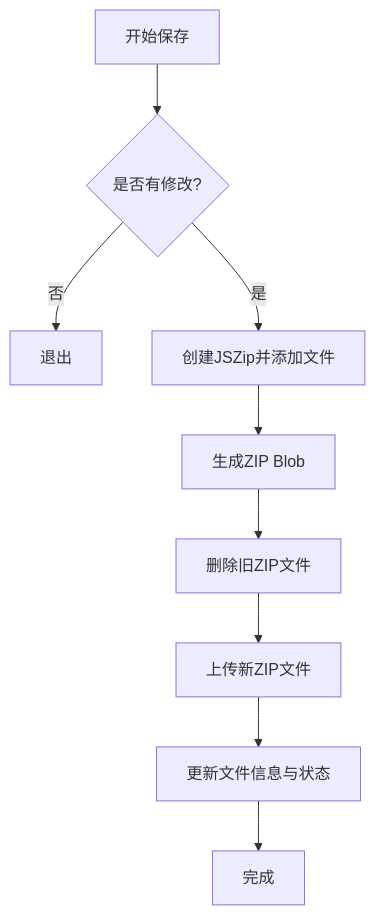
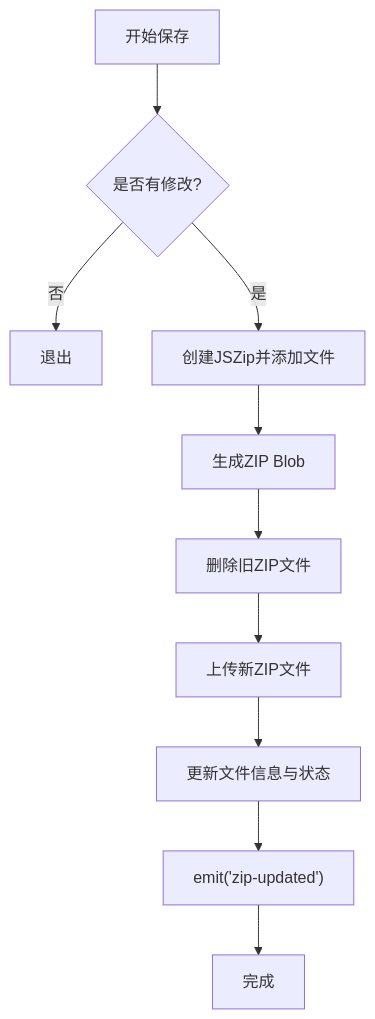
The eighth of 9 diagrams in .qoder/repowiki/zh/content/前端架构/组件设计/文件上传组件/压缩包编辑功能.md (junkai-li/NetCoreKevin), drawn with Mermaid before and after one commit. The commit also changed other lines of this file and 42 other files, not shown here.

````diff
--- a/.qoder/repowiki/zh/content/前端架构/组件设计/文件上传组件/压缩包编辑功能.md
+++ b/.qoder/repowiki/zh/content/前端架构/组件设计/文件上传组件/压缩包编辑功能.md
@@ -197,11 +277,12 @@
 ```mermaid
 flowchart TD
 S["开始保存"] --> Check{"是否有修改?"}
 Check --> |否| Exit["退出"]
 Check --> |是| Rebuild["创建JSZip并添加文件"]
 Rebuild --> GenBlob["生成ZIP Blob"]
 GenBlob --> DelOld["删除旧ZIP文件"]
 DelOld --> UploadNew["上传新ZIP文件"]
 UploadNew --> UpdateUI["更新文件信息与状态"]
-UpdateUI --> Done["完成"]
+UpdateUI --> EmitEvent["emit('zip-updated')"]
+EmitEvent --> Done["完成"]
 ```
````
